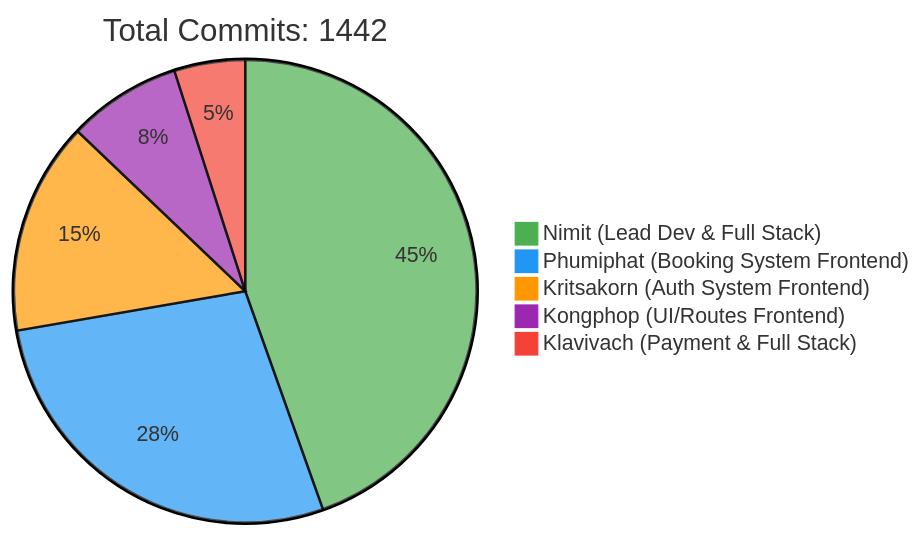
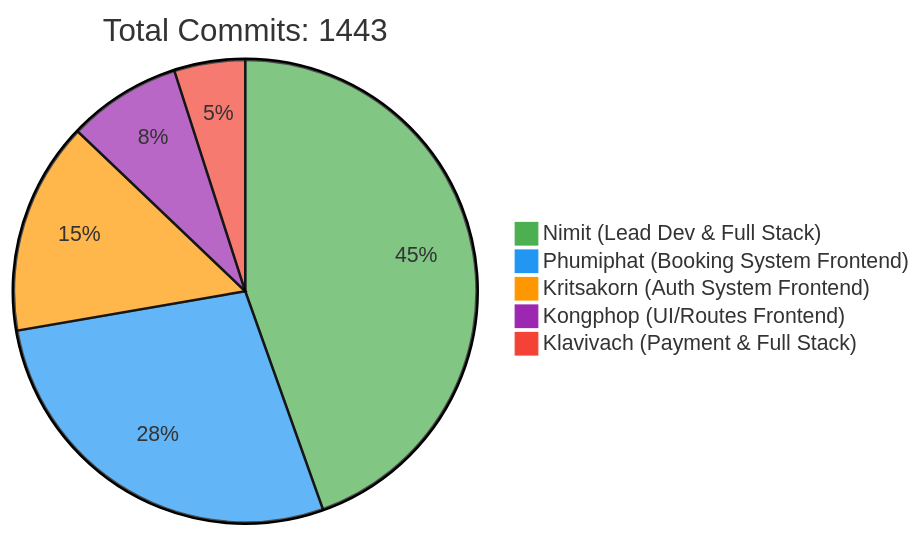
One commit to 6531503042/Sport-Complex changed the first of 2 diagrams in README.md. Above: the diagram before and after it, drawn with Mermaid. The commit also changed other lines of this file, not shown here.

Commit message:
docs: Update contributor statistics [skip ci]

````diff
--- a/README.md
+++ b/README.md
@@ -257,10 +257,10 @@
 ```mermaid
 %%{init: {'theme': 'base', 'themeVariables': { 'pie1': '#4CAF50', 'pie2': '#2196F3', 'pie3': '#FF9800', 'pie4': '#9C27B0', 'pie5': '#F44336'}}}%%
 pie
-    title Total Commits: 1442
+    title Total Commits: 1443
     "Nimit (Lead Dev & Full Stack)" : 450
     "Phumiphat (Booking System Frontend)" : 280
     "Kritsakorn (Auth System Frontend)" : 150
     "Kongphop (UI/Routes Frontend)" : 80
     "Klavivach (Payment & Full Stack)" : 50
 ```
````
